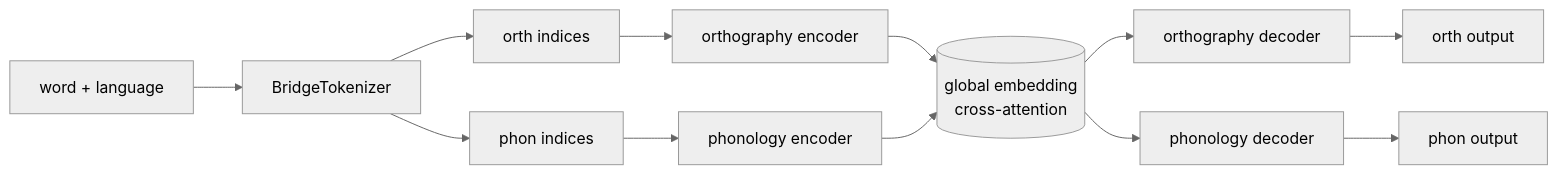
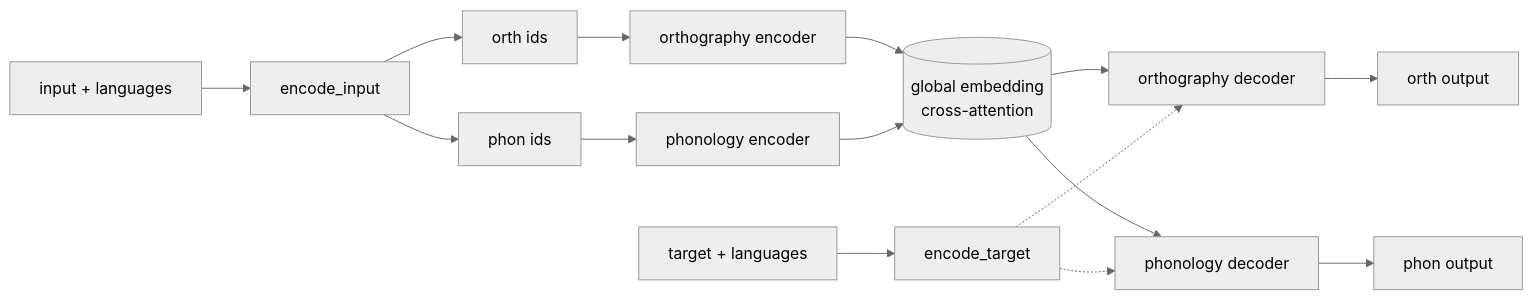
The diagram in README.md (emelex-ai/BRIDGE), drawn with Mermaid (neutral theme) before and after one commit. The commit also changed other lines of this file and 57 other files, not shown here.

First line of the commit message:
Make a training example an input and a target

````diff
--- a/README.md
+++ b/README.md
@@ -73,14 +74,17 @@
 ```mermaid
 flowchart LR
-    W["word + language"] --> T[BridgeTokenizer]
-    T --> O[orth indices]
-    T --> P[phon indices]
+    W["input + languages"] --> T[encode_input]
+    T --> O[orth ids]
+    T --> P[phon ids]
     O --> OE[orthography encoder]
     P --> PE[phonology encoder]
     OE --> X[(global embedding<br/>cross-attention)]
     PE --> X
     X --> OD[orthography decoder]
     X --> PD[phonology decoder]
+    G["target + languages"] --> TT[encode_target]
+    TT -.-> OD
+    TT -.-> PD
     OD --> Yo[orth output]
     PD --> Yp[phon output]
 ```
````
